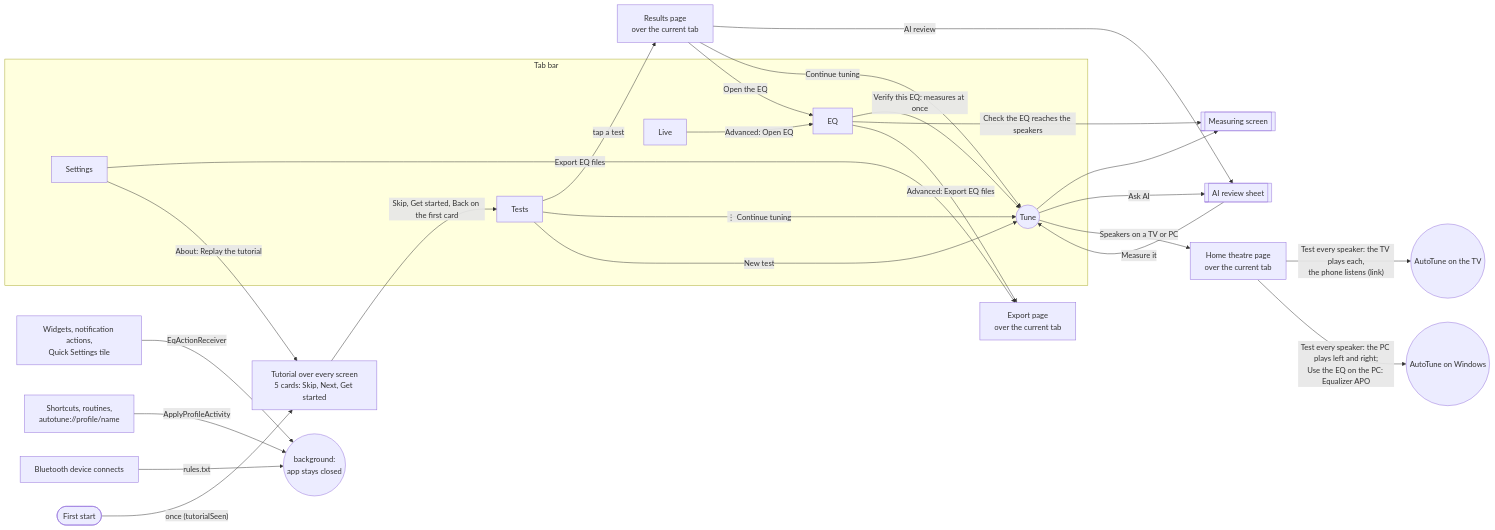
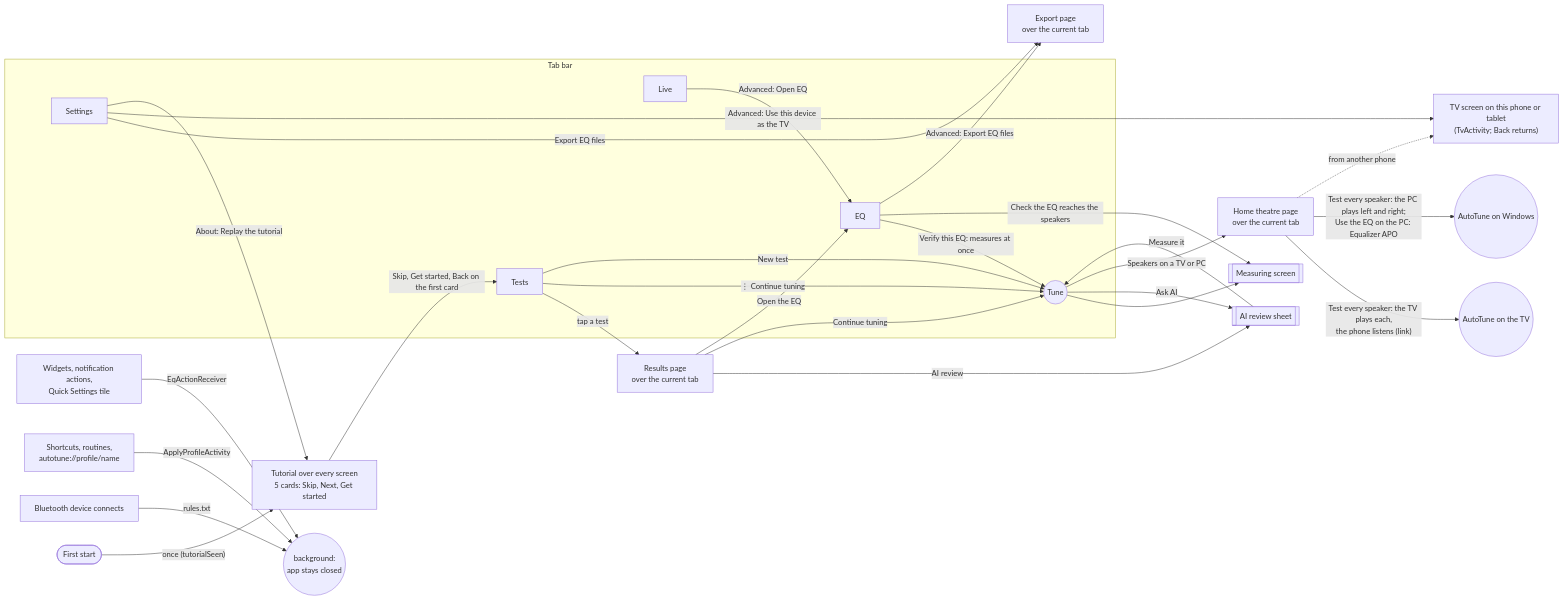
Before and after one commit to qawalah/AutoTune: the second of 2 diagrams in FLOW.md, drawn with Mermaid. The commit also changed 3 other files, not shown here.

First line of the commit message:
A phone or tablet can stand in for the TV

````diff
--- a/FLOW.md
+++ b/FLOW.md
@@ -60,33 +60,35 @@
 ```mermaid
 flowchart LR
   subgraph Bar["Tab bar"]
     T["Tests"]
     EQ["EQ"]
     TU(("Tune"))
     L["Live"]
     ST["Settings"]
   end
   T -->|"tap a test"| RP["Results page<br/>over the current tab"]
   T -->|"⋮ Continue tuning"| TU
   T -->|"New test"| TU
   RP -->|"Continue tuning"| TU
   RP -->|"Open the EQ"| EQ
   RP -->|"AI review"| AI[["AI review sheet"]]
   EQ -->|"Verify this EQ: measures at once"| TU
   EQ -->|"Check the EQ reaches the speakers"| MV[["Measuring screen"]]
   EQ -->|"Advanced: Export EQ files"| X["Export page<br/>over the current tab"]
   ST -->|"Export EQ files"| X
   TU --> MV
   TU -->|"Ask AI"| AI
   AI -->|"Measure it"| TU
   L -->|"Advanced: Open EQ"| EQ
   TU -->|"Speakers on a TV or PC"| HT["Home theatre page<br/>over the current tab"]
   HT -->|"Test every speaker: the TV plays each,<br/>the phone listens (link)"| TV(("AutoTune on the TV"))
   HT -->|"Test every speaker: the PC plays left and right;<br/>Use the EQ on the PC: Equalizer APO"| PC(("AutoTune on Windows"))
+  ST -->|"Advanced: Use this device as the TV"| TVS["TV screen on this phone or tablet<br/>(TvActivity; Back returns)"]
+  HT -.->|"from another phone"| TVS
   W["Widgets, notification actions,<br/>Quick Settings tile"] -->|"EqActionReceiver"| BG(("background:<br/>app stays closed"))
   SH["Shortcuts, routines,<br/>autotune://profile/name"] -->|"ApplyProfileActivity"| BG
   BT["Bluetooth device connects"] -->|"rules.txt"| BG
   FS(["First start"]) -->|"once (tutorialSeen)"| TUT["Tutorial over every screen<br/>5 cards: Skip, Next, Get started"]
   TUT -->|"Skip, Get started, Back on the first card"| T
   ST -->|"About: Replay the tutorial"| TUT
 ```
````
